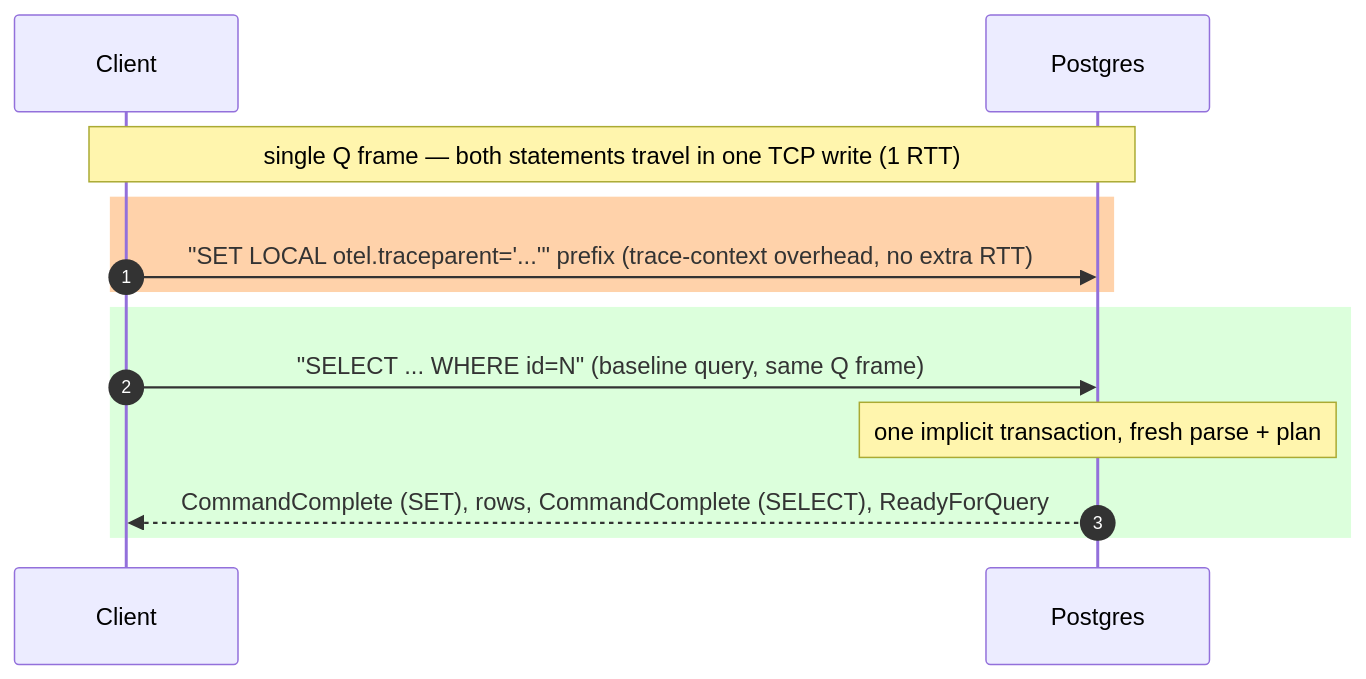
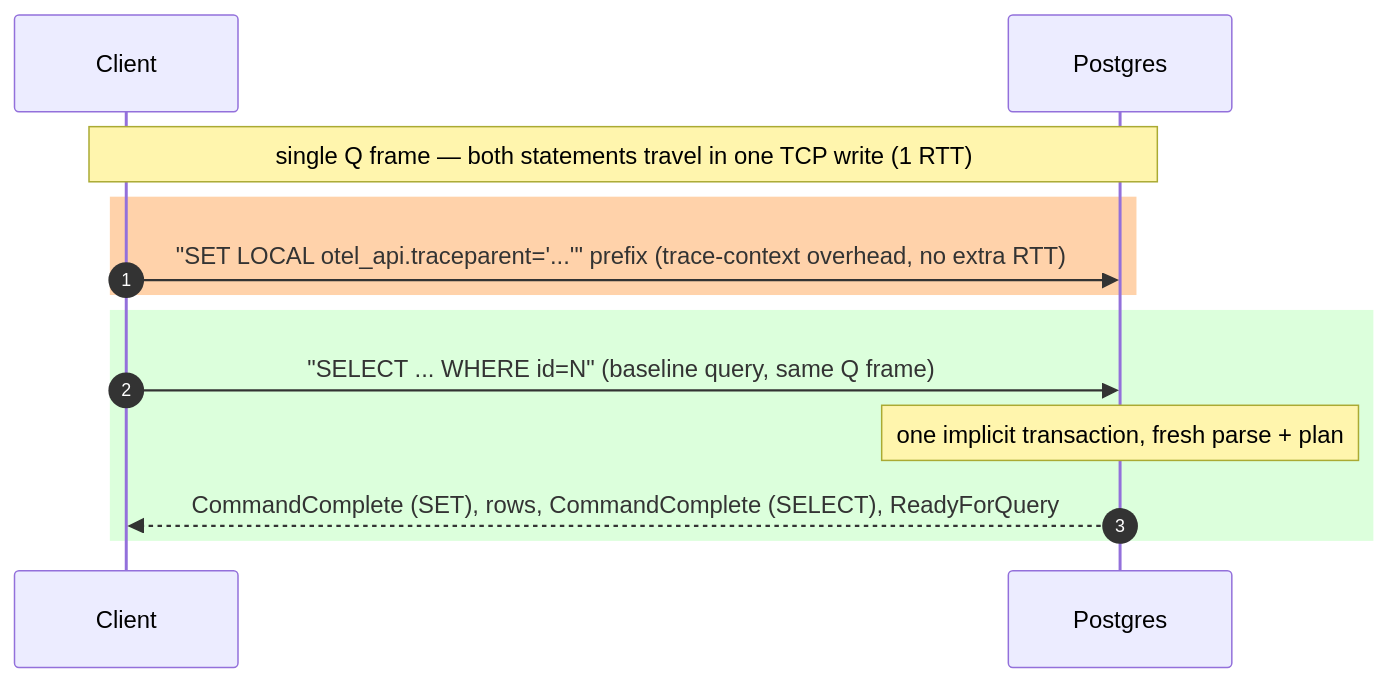
The fifth of 8 diagrams in README.md (ringerc/postgres_otel_tracing_bench), drawn with Mermaid before and after one commit. The commit also changed other lines of this file and 4 other files, not shown here.

First line of the commit message:
adapt to otel_api GUC rename: SET otel.traceparent -> SET otel_api.traceparent

````diff
--- a/README.md
+++ b/README.md
@@ -493,15 +493,15 @@
 ```mermaid
 sequenceDiagram
     autonumber
     participant C as Client
     participant S as Postgres
     Note over C,S: single Q frame — both statements travel in one TCP write (1 RTT)
     rect rgb(255,210,170)
-    C->>S: "SET LOCAL otel.traceparent='...'" prefix (trace-context overhead, no extra RTT)
+    C->>S: "SET LOCAL otel_api.traceparent='...'" prefix (trace-context overhead, no extra RTT)
     end
     rect rgb(220,255,220)
     C->>S: "SELECT ... WHERE id=N" (baseline query, same Q frame)
     Note over S: one implicit transaction, fresh parse + plan
     S-->>C: CommandComplete (SET), rows, CommandComplete (SELECT), ReadyForQuery
     end
 ```
````
